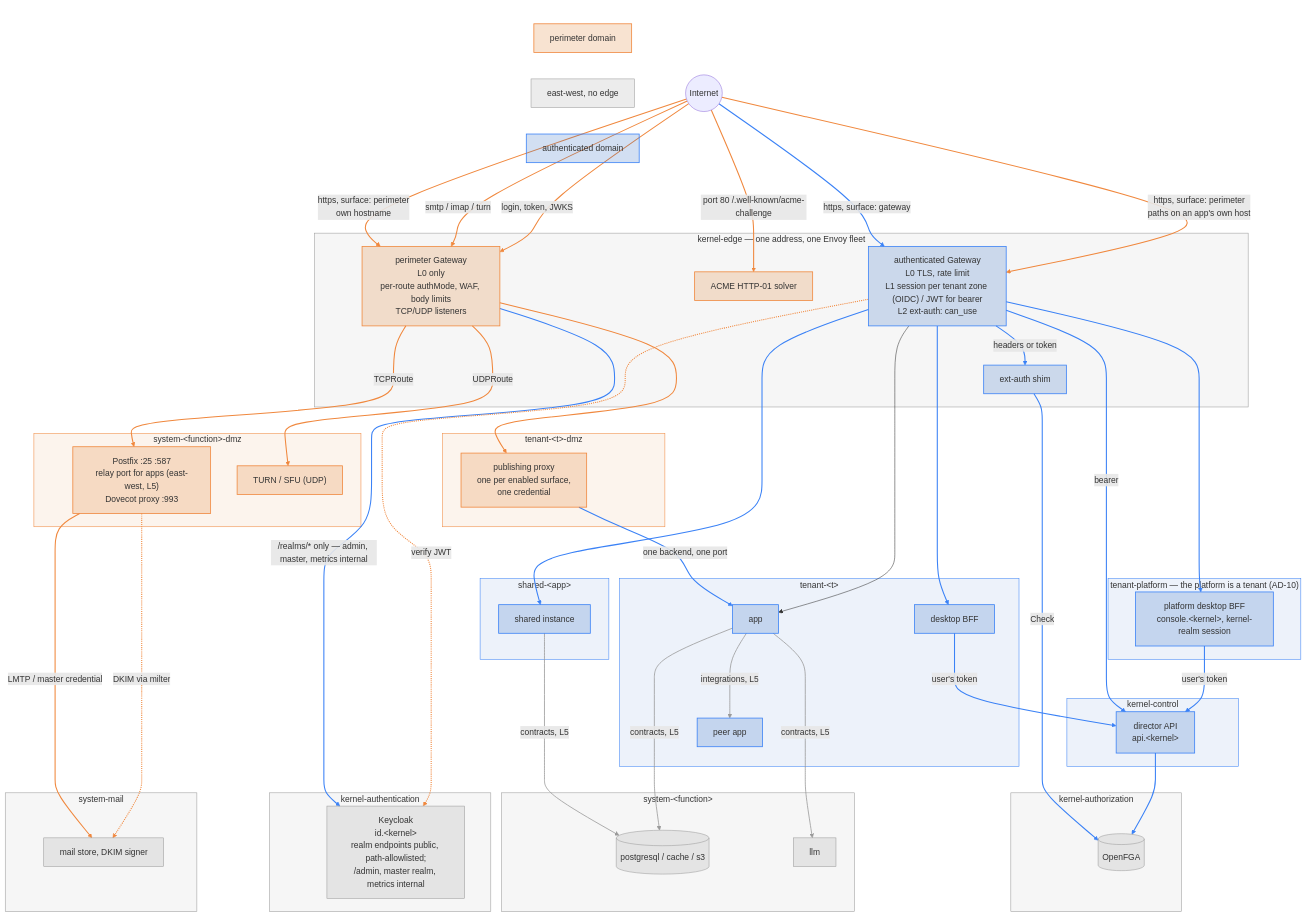
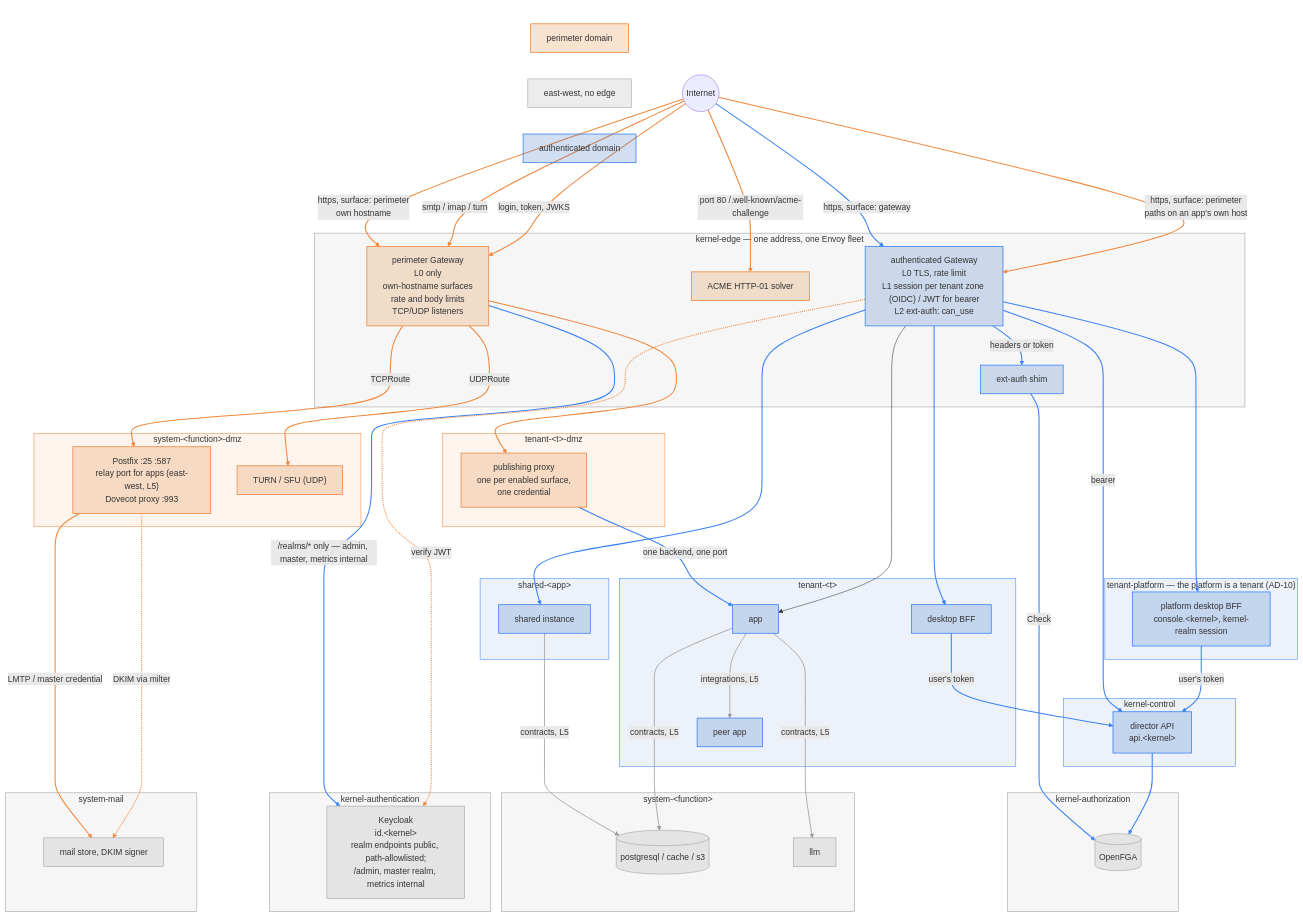
One commit to gentian-org/gentian-os changed the diagram in docs/plans/networking.md. Above: the diagram before and after it, drawn with Mermaid. The commit also changed other lines of this file and 2 other files, not shown here.

```diff
--- a/docs/plans/networking.md
+++ b/docs/plans/networking.md
@@ -75,7 +75,7 @@
         AG["authenticated Gateway<br/>L0 TLS, rate limit<br/>L1 session per tenant zone (OIDC) / JWT for bearer<br/>L2 ext-auth: can_use"]
         SHIM["ext-auth shim"]
         ACME["ACME HTTP-01 solver"]
-        PG["perimeter Gateway<br/>L0 only<br/>per-route authMode, WAF, body limits<br/>TCP/UDP listeners"]
+        PG["perimeter Gateway<br/>L0 only<br/>own-hostname surfaces<br/>rate and body limits<br/>TCP/UDP listeners"]
     end
 
     subgraph KCTL["kernel-control"]
```
